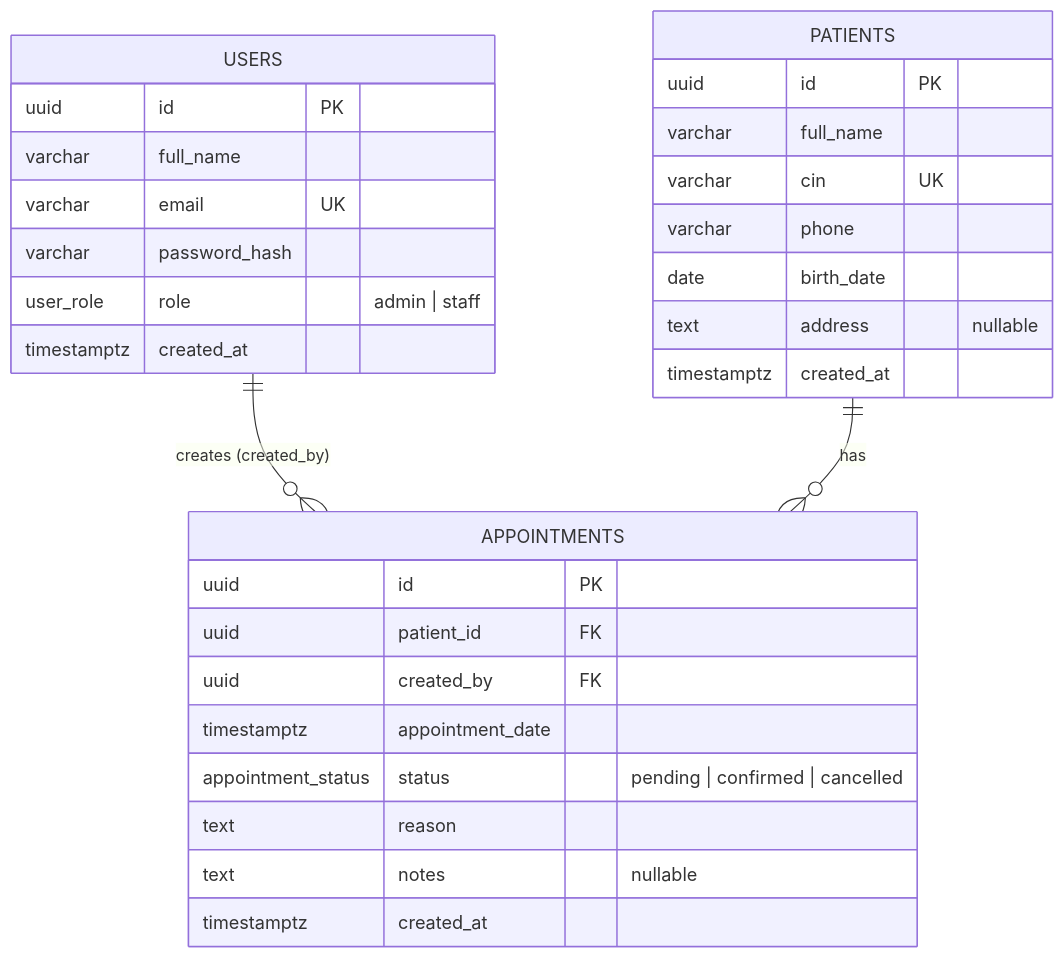
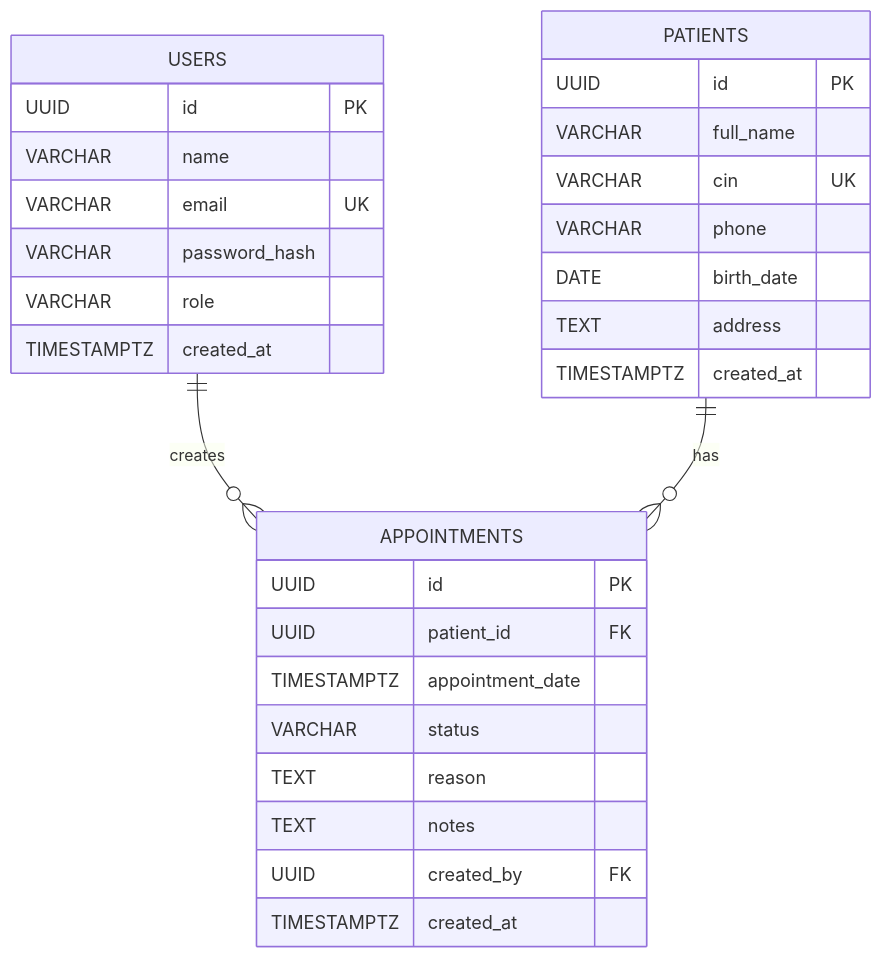
One commit to achrafder99/clinicflow changed the diagram in docs/DESIGN.md. Above: the diagram before and after it, drawn with Mermaid. The commit also changed other lines of this file, not shown here.

Commit message:
docs(db): document schema and relationship design

````diff
--- a/docs/DESIGN.md
+++ b/docs/DESIGN.md
@@ -5,33 +24,35 @@
 ```mermaid
 erDiagram
-    USERS ||--o{ APPOINTMENTS : "creates (created_by)"
-    PATIENTS ||--o{ APPOINTMENTS : "has"
+    USERS ||--o{ APPOINTMENTS : creates
+    PATIENTS ||--o{ APPOINTMENTS : has
 
     USERS {
-        uuid id PK
-        varchar full_name
-        varchar email UK
-        varchar password_hash
-        user_role role "admin | staff"
-        timestamptz created_at
+        UUID id PK
+        VARCHAR name
+        VARCHAR email UK
+        VARCHAR password_hash
+        VARCHAR role
+        TIMESTAMPTZ created_at
     }
+
     PATIENTS {
-        uuid id PK
-        varchar full_name
-        varchar cin UK
-        varchar phone
-        date birth_date
-        text address "nullable"
-        timestamptz created_at
+        UUID id PK
+        VARCHAR full_name
+        VARCHAR cin UK
+        VARCHAR phone
+        DATE birth_date
+        TEXT address
+        TIMESTAMPTZ created_at
     }
+
     APPOINTMENTS {
-        uuid id PK
-        uuid patient_id FK
-        uuid created_by FK
-        timestamptz appointment_date
-        appointment_status status "pending | confirmed | cancelled"
-        text reason
-        text notes "nullable"
-        timestamptz created_at
+        UUID id PK
+        UUID patient_id FK
+        TIMESTAMPTZ appointment_date
+        VARCHAR status
+        TEXT reason
+        TEXT notes
+        UUID created_by FK
+        TIMESTAMPTZ created_at
     }
 ```
````
